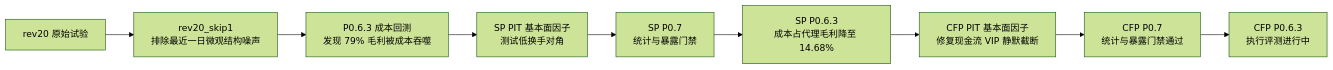
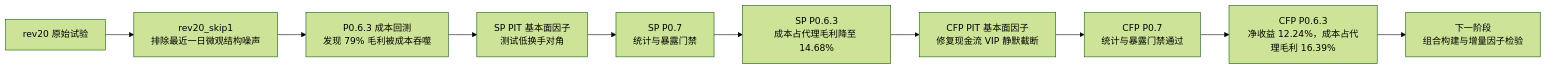
The diagram in docs/research/README.md (EddieDeng0207/quant_research_platform), drawn with Mermaid (forest theme) before and after one commit. The commit also changed other lines of this file and 5 other files, not shown here.

````diff
--- a/docs/research/README.md
+++ b/docs/research/README.md
@@ -17,11 +19,12 @@
 ```mermaid
 flowchart LR
     A["rev20 原始试验"] --> B["rev20_skip1<br/>排除最近一日微观结构噪声"]
     B --> C["P0.6.3 成本回测<br/>发现 79% 毛利被成本吞噬"]
     C --> D["SP PIT 基本面因子<br/>测试低换手对角"]
     D --> E["SP P0.7<br/>统计与暴露门禁"]
     E --> F["SP P0.6.3<br/>成本占代理毛利降至 14.68%"]
     F --> G["CFP PIT 基本面因子<br/>修复现金流 VIP 静默截断"]
     G --> H["CFP P0.7<br/>统计与暴露门禁通过"]
-    H --> I["CFP P0.6.3<br/>执行评测进行中"]
+    H --> I["CFP P0.6.3<br/>净收益 12.24%，成本占代理毛利 16.39%"]
+    I --> J["下一阶段<br/>组合构建与增量因子检验"]
 ```
````
